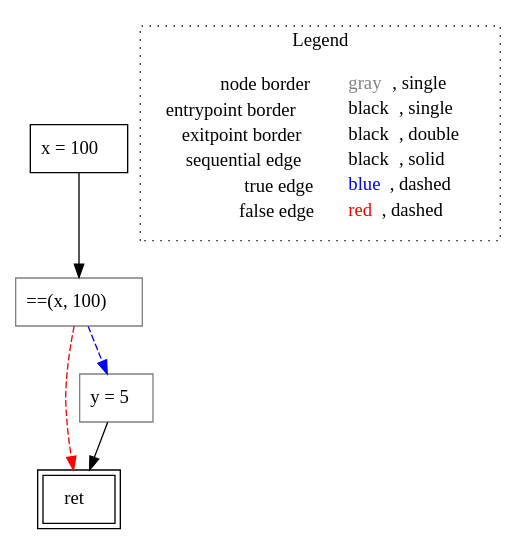
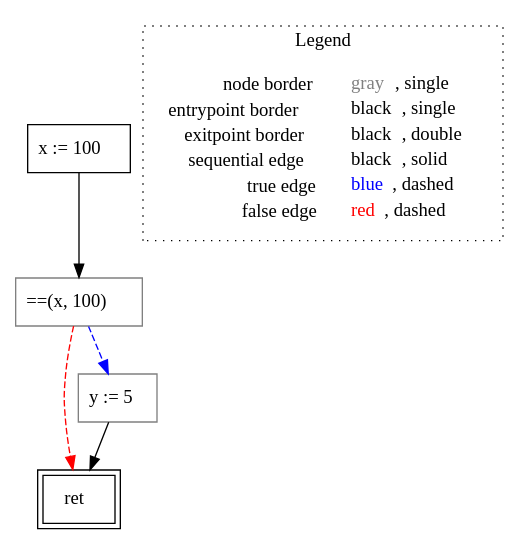
Before and after one commit to lisa-analyzer/go-lisa: the diagram in go-lisa/go-testcases/cfg/if/untyped_~LiSAProgram.ifWithAsg().dot, drawn with Graphviz. The commit also changed 9 other files, not shown here.

```diff
--- a/go-lisa/go-testcases/cfg/if/untyped_~LiSAProgram.ifWithAsg().dot
+++ b/go-lisa/go-testcases/cfg/if/untyped_~LiSAProgram.ifWithAsg().dot
@@ -1,17 +1,17 @@
 digraph {
-	"node0" [shape="rect",color="black",label=<x = 100>];
+	"node0" [shape="rect",color="black",label=<x := 100>];
 	"node1" [shape="rect",color="black",peripheries="2",label=<ret>];
 	"node2" [shape="rect",color="gray",label=<==(x, 100)>];
-	"node3" [shape="rect",color="gray",label=<y = 5>];
+	"node3" [shape="rect",color="gray",label=<y := 5>];
 	"node0" -> "node2" [color="black"];
 	"node2" -> "node1" [color="red",style="dashed"];
 	"node2" -> "node3" [color="blue",style="dashed"];
 	"node3" -> "node1" [color="black"];
 subgraph cluster_legend {
 	label="Legend";
 	style=dotted;
 	node [shape=plaintext];
 	"legend" [label=<<table border="0" cellpadding="2" cellspacing="0" cellborder="0"><tr><td align="right">node border&nbsp;</td><td align="left"><font color="gray">gray</font>, single</td></tr><tr><td align="right">entrypoint border&nbsp;</td><td align="left"><font color="black">black</font>, single</td></tr><tr><td align="right">exitpoint border&nbsp;</td><td align="left"><font color="black">black</font>, double</td></tr><tr><td align="right">sequential edge&nbsp;</td><td align="left"><font color="black">black</font>, solid</td></tr><tr><td align="right">true edge&nbsp;</td><td align="left"><font color="blue">blue</font>, dashed</td></tr><tr><td align="right">false edge&nbsp;</td><td align="left"><font color="red">red</font>, dashed</td></tr></table>>];
 }
 
 }
```
